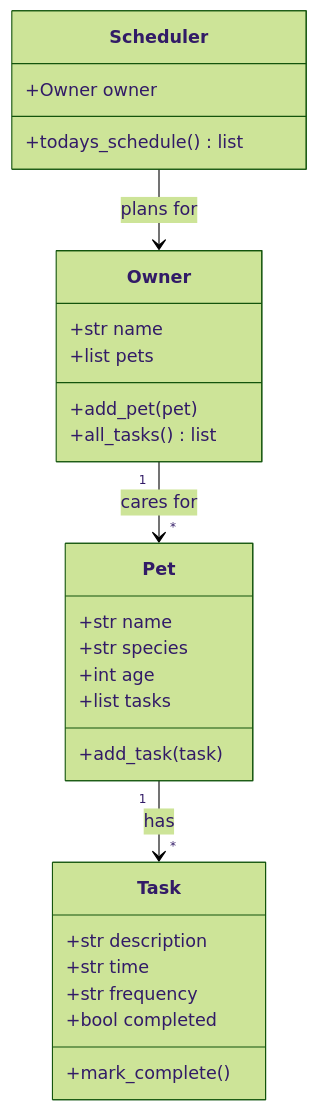
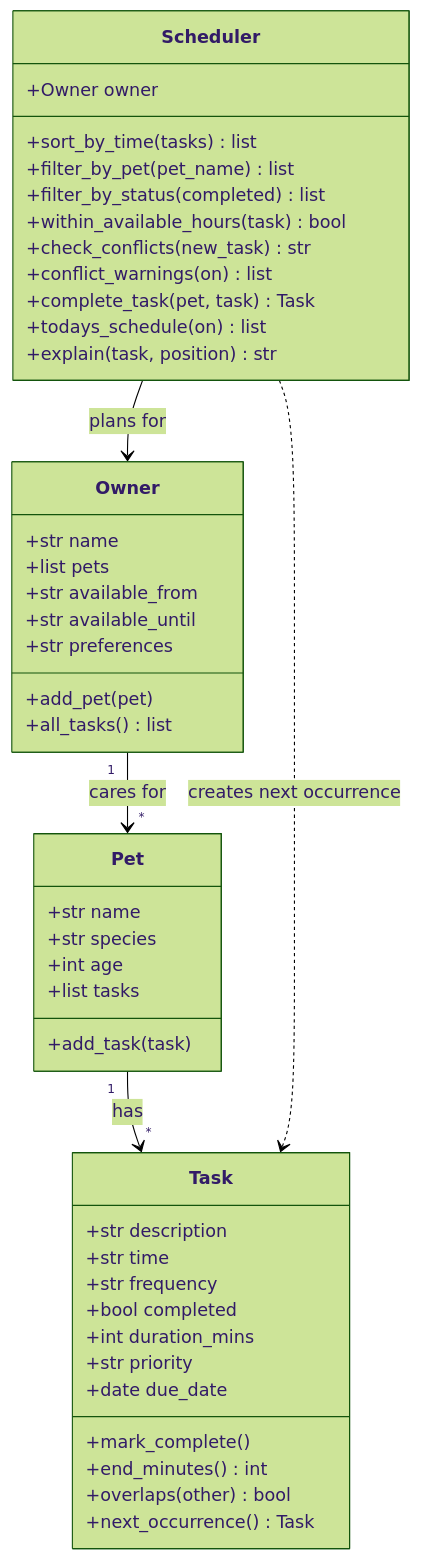
Before and after one commit to carefiesta/ai110-module2show-pawpal-starter: the diagram in diagrams/uml.mmd, drawn with Mermaid (forest theme). The commit also changed 6 other files, not shown here.

Commit message:
docs: polish the UI, finalize the UML, and complete the README

```diff
--- a/diagrams/uml.mmd
+++ b/diagrams/uml.mmd
@@ -1,36 +1,53 @@
 classDiagram
-    %% Initial design, drawn before the method bodies were filled in.
-    %% Owner cares for many pets. Each pet has many tasks.
-    %% Scheduler reads the owner and builds a daily plan.
+    %% Matches pawpal_system.py after scheduling was implemented.
+    %% minutes_from_clock and clock_from_minutes are module helpers, not classes.
 
     class Task {
         +str description
         +str time
         +str frequency
         +bool completed
+        +int duration_mins
+        +str priority
+        +date due_date
         +mark_complete()
+        +end_minutes() int
+        +overlaps(other) bool
+        +next_occurrence() Task
     }
 
     class Pet {
         +str name
         +str species
         +int age
         +list tasks
         +add_task(task)
     }
 
     class Owner {
         +str name
         +list pets
+        +str available_from
+        +str available_until
+        +str preferences
         +add_pet(pet)
         +all_tasks() list
     }
 
     class Scheduler {
         +Owner owner
-        +todays_schedule() list
+        +sort_by_time(tasks) list
+        +filter_by_pet(pet_name) list
+        +filter_by_status(completed) list
+        +within_available_hours(task) bool
+        +check_conflicts(new_task) str
+        +conflict_warnings(on) list
+        +complete_task(pet, task) Task
+        +todays_schedule(on) list
+        +explain(task, position) str
     }
 
     Owner "1" --> "*" Pet : cares for
     Pet "1" --> "*" Task : has
     Scheduler --> Owner : plans for
+    Scheduler ..> Task : creates next occurrence
```
